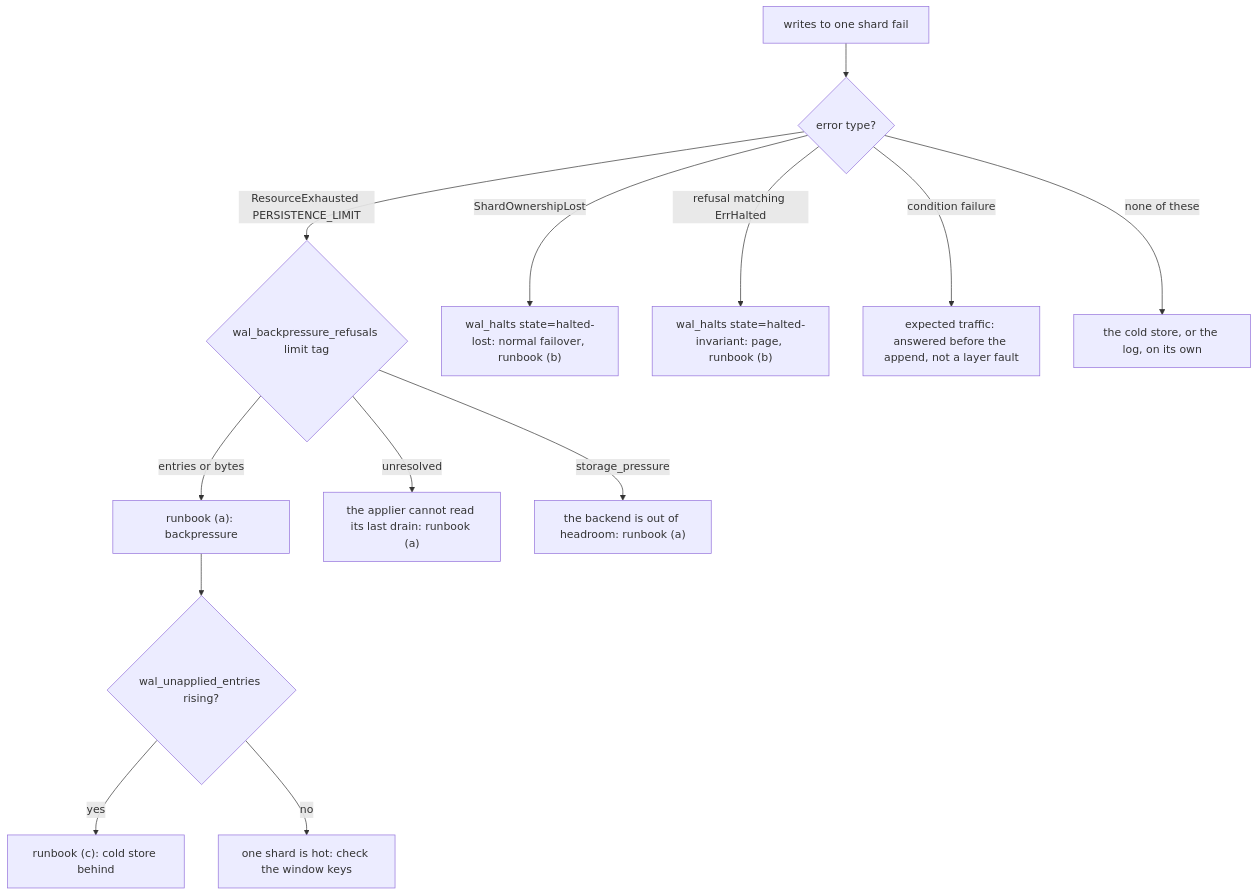
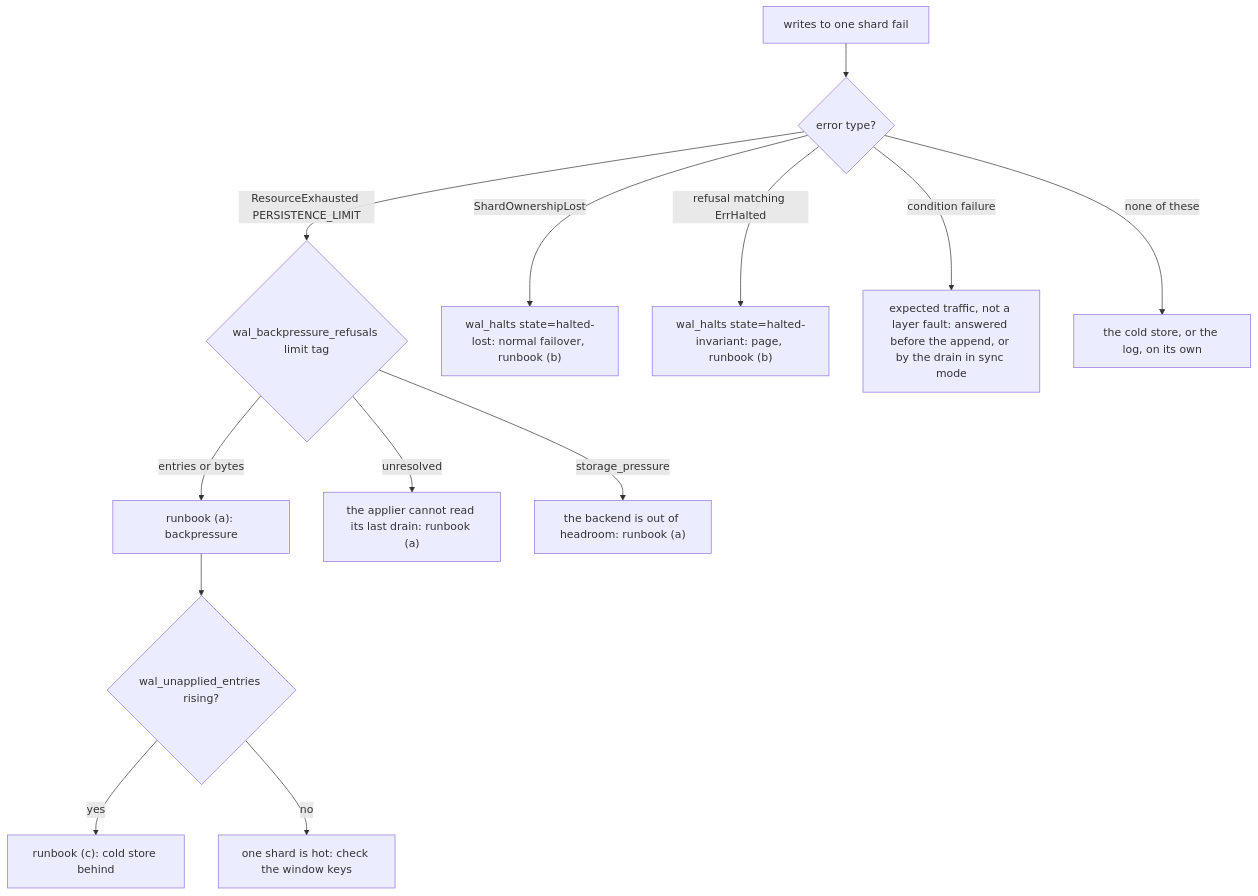
Before and after one commit to aromanovich/waltz: the second of 2 diagrams in docs/handbook/09-operations.md, drawn with Mermaid. The commit also changed other lines of this file and 187 other files, not shown here.

````diff
--- a/docs/handbook/09-operations.md
+++ b/docs/handbook/09-operations.md
@@ -243,15 +202,15 @@
 ```mermaid
 flowchart TD
     A["writes to one shard fail"] --> B{"error type?"}
     B -->|"ResourceExhausted PERSISTENCE_LIMIT"| C{"wal_backpressure_refusals limit tag"}
     C -->|"entries or bytes"| D["runbook (a): backpressure"]
     C -->|"unresolved"| E["the applier cannot read its last drain: runbook (a)"]
     C -->|"storage_pressure"| SP["the backend is out of headroom: runbook (a)"]
     B -->|"ShardOwnershipLost"| F["wal_halts state=halted-lost: normal failover, runbook (b)"]
     B -->|"refusal matching ErrHalted"| G["wal_halts state=halted-invariant: page, runbook (b)"]
-    B -->|"condition failure"| H["expected traffic: answered before the append, not a layer fault"]
+    B -->|"condition failure"| H["expected traffic, not a layer fault: answered before the append, or by the drain in sync mode"]
     B -->|"none of these"| I["the cold store, or the log, on its own"]
     D --> J{"wal_unapplied_entries rising?"}
     J -->|"yes"| K["runbook (c): cold store behind"]
     J -->|"no"| L["one shard is hot: check the window keys"]
 ```
````
